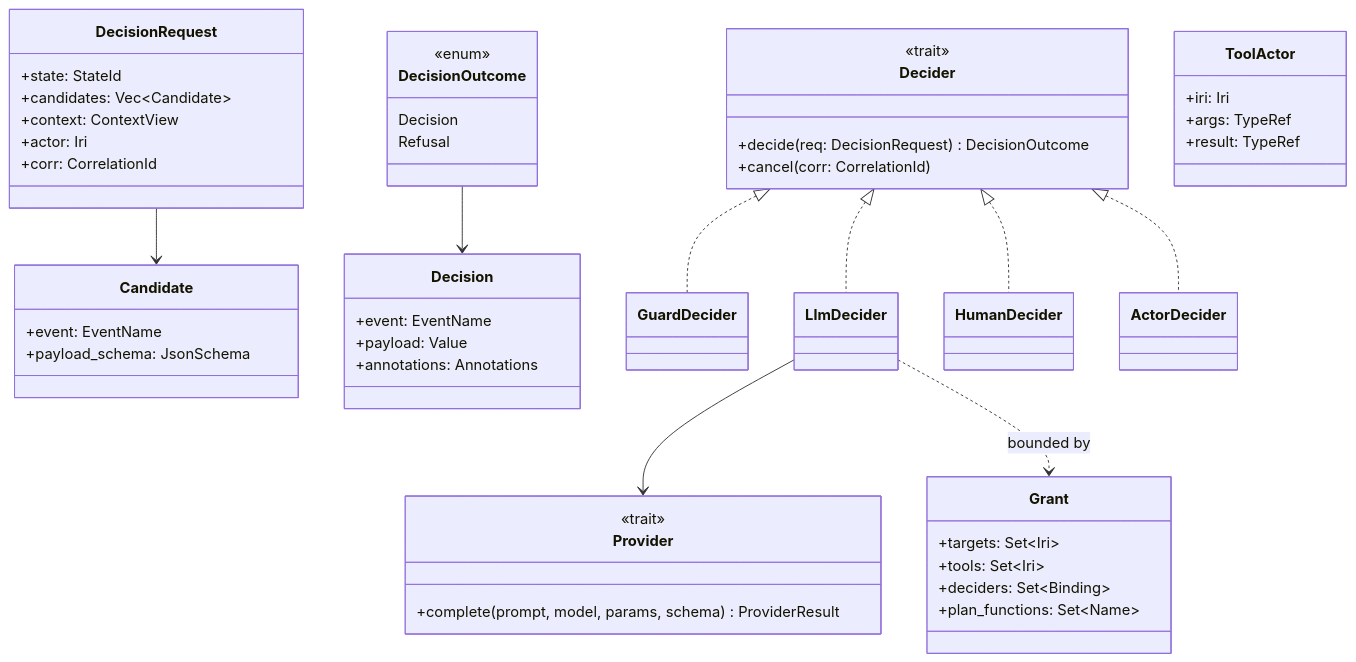
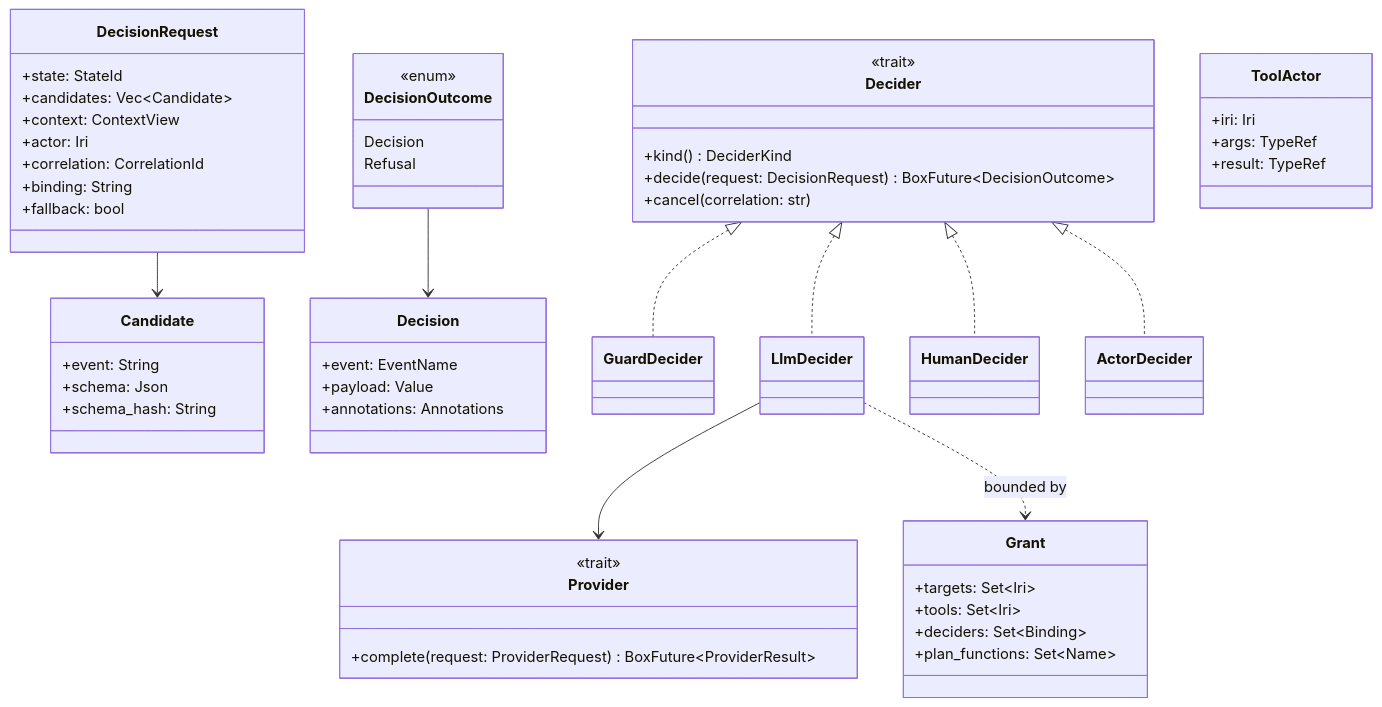
The second of 11 diagrams in tg.md/views/agents.md (Volland/vertep), drawn with Mermaid before and after one commit. The commit also changed other lines of this file and 9 other files, not shown here.

First line of the commit message:
Bring the architecture views in line with the code

````diff
--- a/tg.md/views/agents.md
+++ b/tg.md/views/agents.md
@@ -68,52 +68,56 @@
 ```mermaid
 classDiagram
     class Decider {
         <<trait>>
-        +decide(req: DecisionRequest) DecisionOutcome
-        +cancel(corr: CorrelationId)
+        +kind() DeciderKind
+        +decide(request: DecisionRequest) BoxFuture~DecisionOutcome~
+        +cancel(correlation: str)
     }
     class DecisionRequest {
         +state: StateId
         +candidates: Vec~Candidate~
         +context: ContextView
         +actor: Iri
-        +corr: CorrelationId
+        +correlation: CorrelationId
+        +binding: String
+        +fallback: bool
     }
     class Candidate {
-        +event: EventName
-        +payload_schema: JsonSchema
+        +event: String
+        +schema: Json
+        +schema_hash: String
     }
     class DecisionOutcome {
         <<enum>>
         Decision
         Refusal
     }
     class Decision {
         +event: EventName
         +payload: Value
         +annotations: Annotations
     }
     class Provider {
         <<trait>>
-        +complete(prompt, model, params, schema) ProviderResult
+        +complete(request: ProviderRequest) BoxFuture~ProviderResult~
     }
     class ToolActor {
         +iri: Iri
         +args: TypeRef
         +result: TypeRef
     }
     class Grant {
         +targets: Set~Iri~
         +tools: Set~Iri~
         +deciders: Set~Binding~
         +plan_functions: Set~Name~
     }
     Decider <|.. GuardDecider
     Decider <|.. LlmDecider
     Decider <|.. HumanDecider
     Decider <|.. ActorDecider
     LlmDecider --> Provider
     DecisionRequest --> Candidate
     DecisionOutcome --> Decision
     LlmDecider ..> Grant : bounded by
 ```
````
